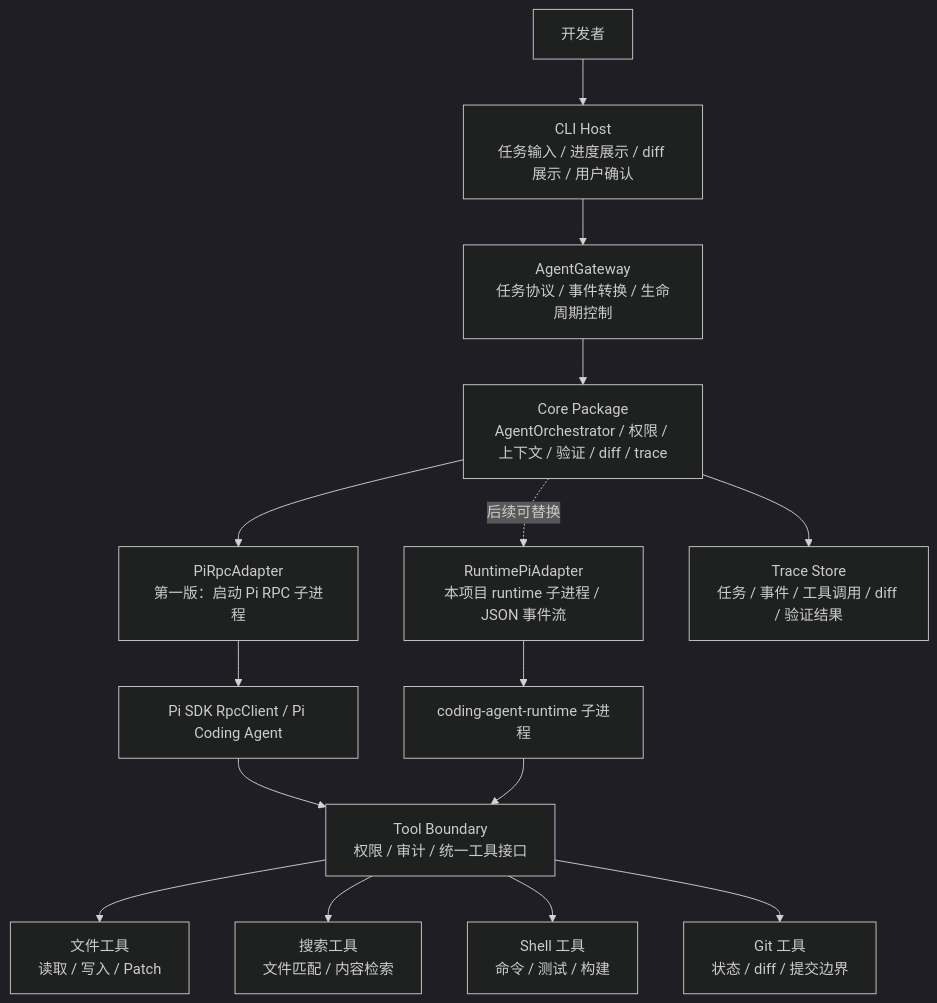
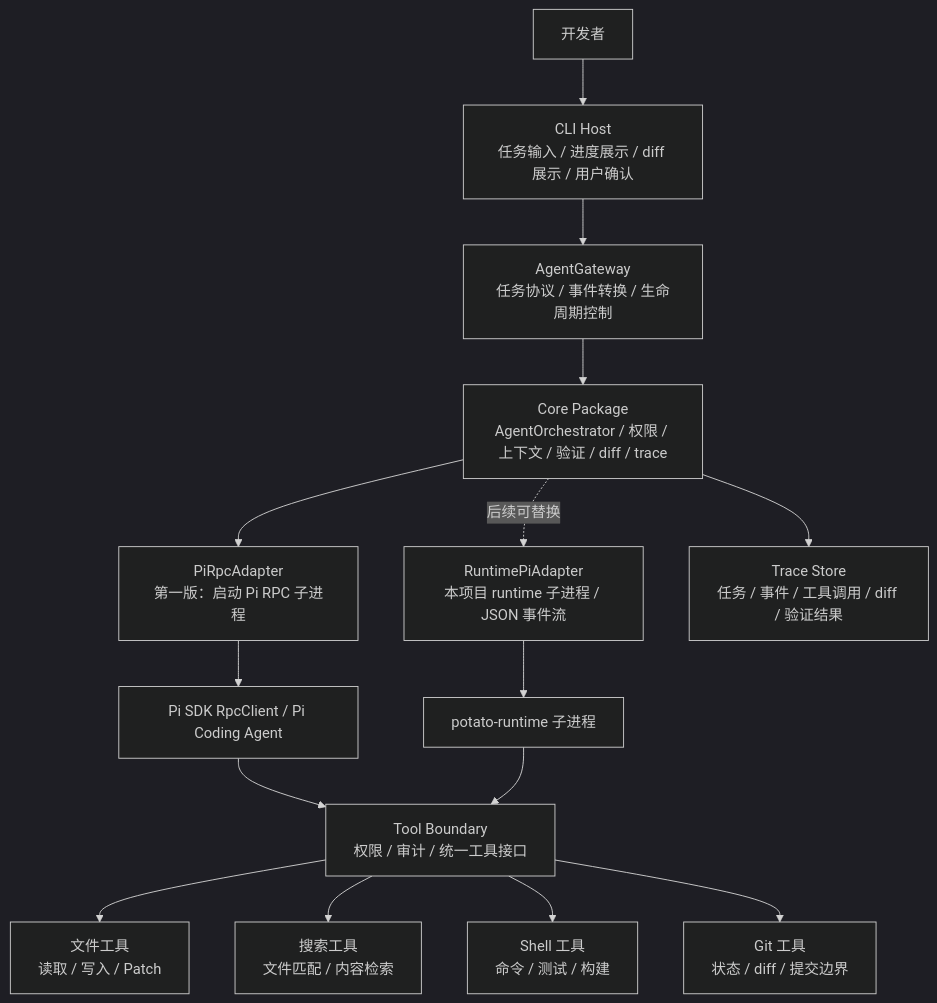
The first of 2 diagrams in wiki/technical-design.md (CrazyMrYan/potato-agent), drawn with Mermaid (dark theme) before and after one commit. The commit also changed other lines of this file and 55 other files, not shown here.

````diff
--- a/wiki/technical-design.md
+++ b/wiki/technical-design.md
@@ -61,21 +61,21 @@
 ```mermaid
 flowchart TB
     User["开发者"] --> CLI["CLI Host<br/>任务输入 / 进度展示 / diff 展示 / 用户确认"]
     CLI --> Gateway["AgentGateway<br/>任务协议 / 事件转换 / 生命周期控制"]
     Gateway --> Core["Core Package<br/>AgentOrchestrator / 权限 / 上下文 / 验证 / diff / trace"]
     Core --> RPC["PiRpcAdapter<br/>第一版：启动 Pi RPC 子进程"]
     Core -. "后续可替换" .-> Runtime["RuntimePiAdapter<br/>本项目 runtime 子进程 / JSON 事件流"]
 
     RPC --> PiSDK["Pi SDK RpcClient / Pi Coding Agent"]
-    Runtime --> PiProc["coding-agent-runtime 子进程"]
+    Runtime --> PiProc["potato-runtime 子进程"]
 
     PiSDK --> ToolBoundary["Tool Boundary<br/>权限 / 审计 / 统一工具接口"]
     PiProc --> ToolBoundary
 
     ToolBoundary --> FileTools["文件工具<br/>读取 / 写入 / Patch"]
     ToolBoundary --> SearchTools["搜索工具<br/>文件匹配 / 内容检索"]
     ToolBoundary --> ShellTools["Shell 工具<br/>命令 / 测试 / 构建"]
     ToolBoundary --> GitTools["Git 工具<br/>状态 / diff / 提交边界"]
 
     Core --> TraceStore["Trace Store<br/>任务 / 事件 / 工具调用 / diff / 验证结果"]
 ```
````
